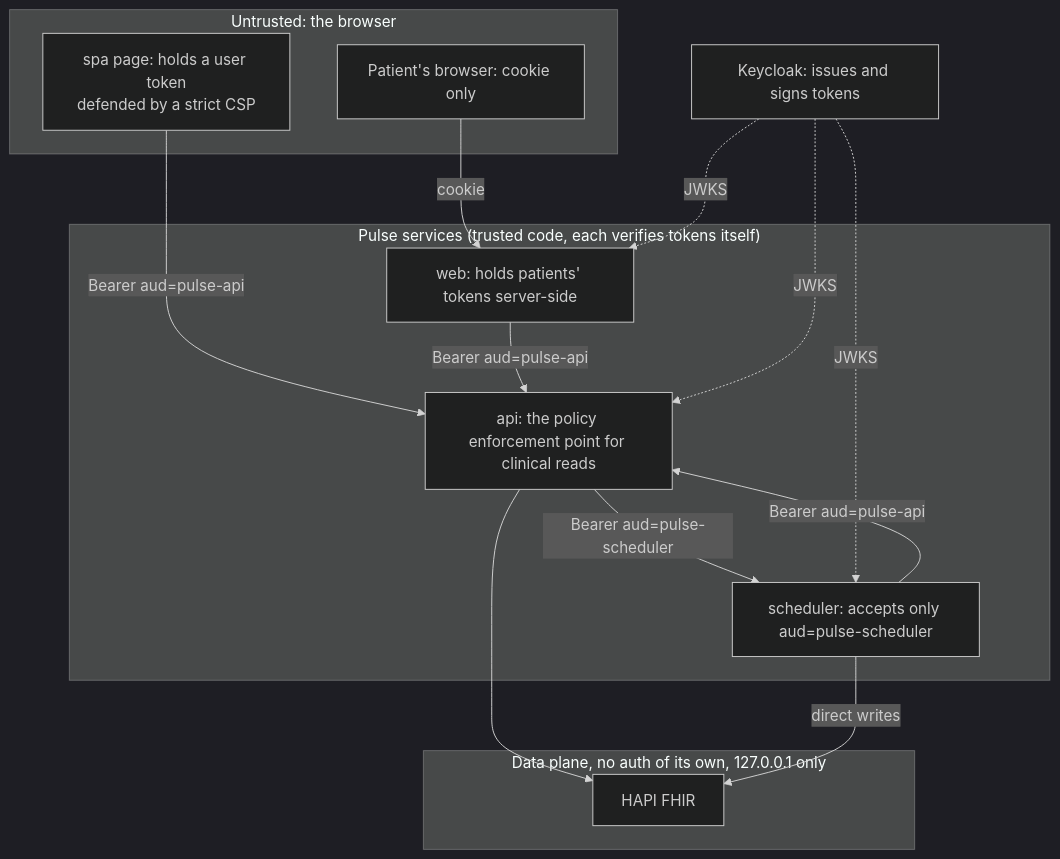
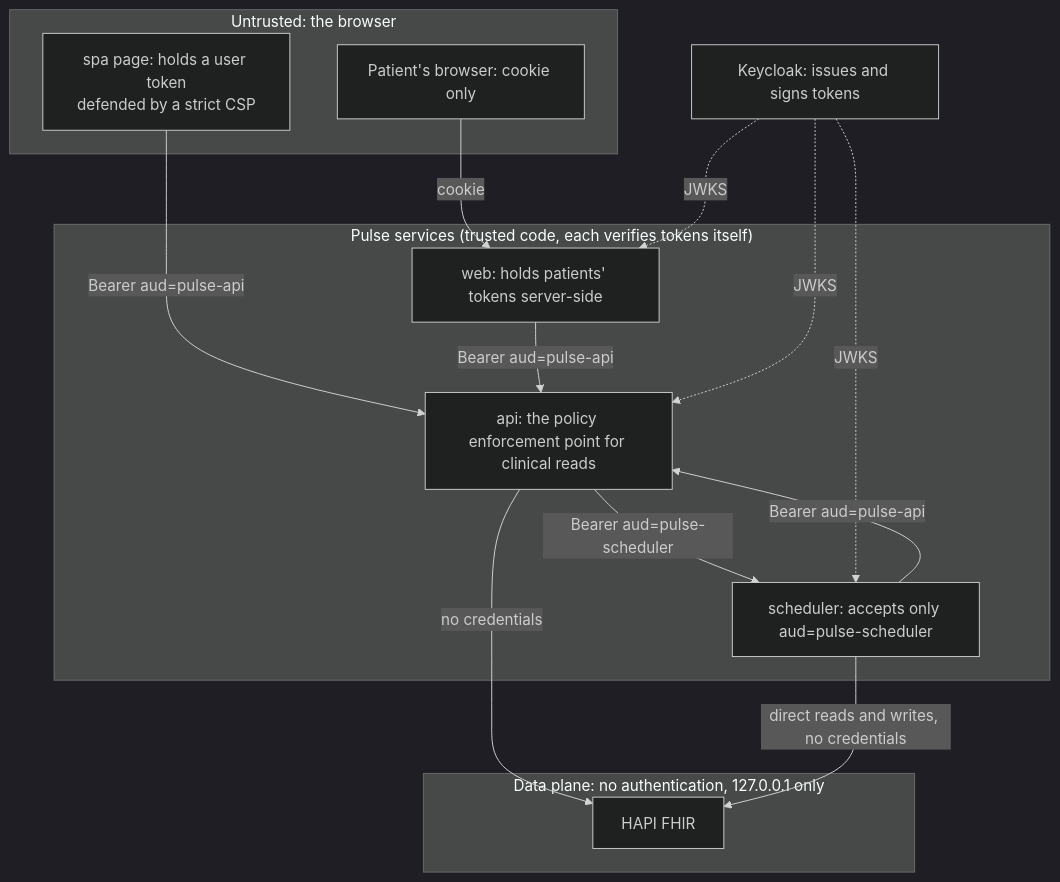
One commit to hannmtz-85/clj-pulse changed the third of 3 diagrams in docs/technical/architecture.md. Above: the diagram before and after it, drawn with Mermaid (dark theme). The commit also changed other lines of this file and 6 other files, not shown here.

First line of the commit message:
Docs: HAPI's lack of authentication as a fact, the CI gap, the administrator and readings, the scheduler's two paths

````diff
--- a/docs/technical/architecture.md
+++ b/docs/technical/architecture.md
@@ -117,27 +117,27 @@
 ```mermaid
 flowchart TB
   subgraph Untrusted["Untrusted: the browser"]
     B1[Patient's browser: cookie only]
     B2[spa page: holds a user token<br/>defended by a strict CSP]
   end
   subgraph Services["Pulse services (trusted code, each verifies tokens itself)"]
     WEB[web: holds patients' tokens server-side]
     API[api: the policy enforcement point for clinical reads]
     SCH[scheduler: accepts only aud=pulse-scheduler]
   end
-  subgraph Data["Data plane, no auth of its own, 127.0.0.1 only"]
+  subgraph Data["Data plane: no authentication, 127.0.0.1 only"]
     HAPI[HAPI FHIR]
   end
   IDP[Keycloak: issues and signs tokens]
 
   B1 -->|cookie| WEB
   B2 -->|Bearer aud=pulse-api| API
   WEB -->|Bearer aud=pulse-api| API
   SCH -->|Bearer aud=pulse-api| API
   API -->|Bearer aud=pulse-scheduler| SCH
-  API --> HAPI
-  SCH -->|direct writes| HAPI
+  API -->|no credentials| HAPI
+  SCH -->|direct reads and writes, no credentials| HAPI
   IDP -.->|JWKS| API
   IDP -.->|JWKS| WEB
   IDP -.->|JWKS| SCH
 ```
````
